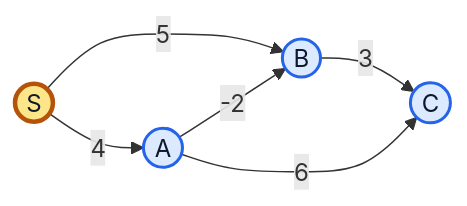
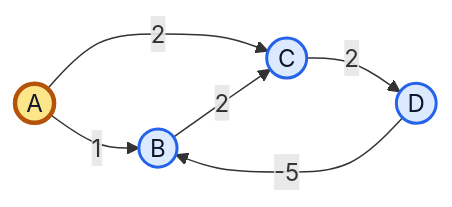
One commit to M-F-Tushar/CSE-2201-2202-Algorithm-Design-and-Analysis-Sessional changed diagram 13 of 21 in Chapter 11 - Graph Algorithms/README.md. Above: the diagram before and after it, drawn with Mermaid. The commit also changed other lines of this file and 3 other files, not shown here.

````diff
--- a/Chapter 11 - Graph Algorithms/README.md
+++ b/Chapter 11 - Graph Algorithms/README.md
@@ -633,13 +966,13 @@
 ```mermaid
 flowchart LR
-	S((S)) -->|5| B((B))
-	S -->|4| A((A))
-	A -->|-2| B
-	B -->|3| C((C))
-	A -->|6| C
+	A((A)) -->|1| B((B))
+	A -->|2| C((C))
+	B -->|2| C
+	C -->|2| D((D))
+	D -->|-5| B
 
 	classDef source fill:#fde68a,stroke:#b45309,stroke-width:3px,color:#111827;
 	classDef node fill:#dbeafe,stroke:#2563eb,stroke-width:2px,color:#0f172a;
-	class S source;
-	class A,B,C node;
+	class A source;
+	class B,C,D node;
 ```
````
